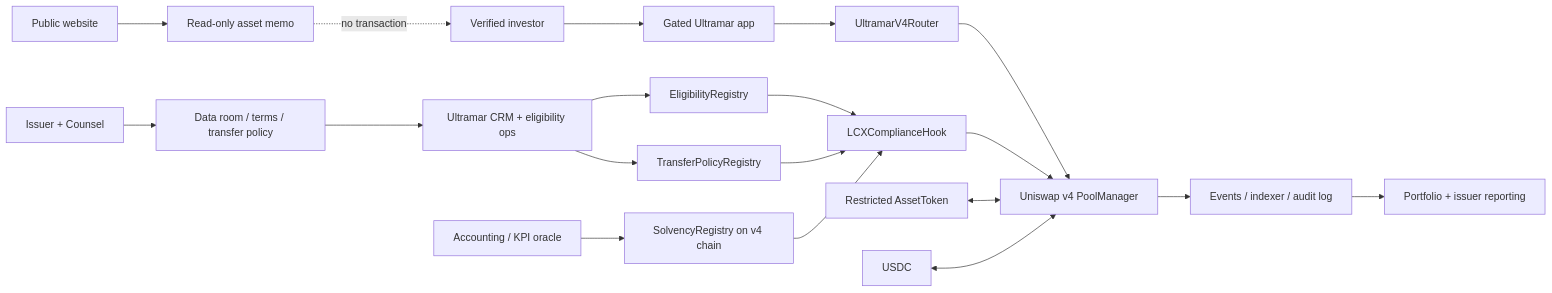
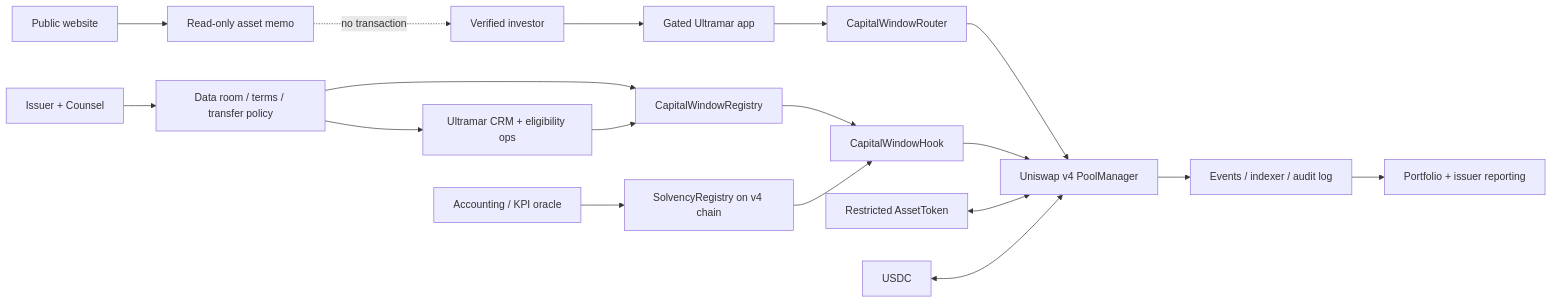
Before and after one commit to Diegolden-com/ultramar-private-markets: the diagram in docs/UNISWAP_V4_PERMISSIONED_LIQUIDITY_ARCHITECTURE.md, drawn with Mermaid. The commit also changed other lines of this file and 17 other files, not shown here.

Commit message:
Add press pages and capital window contracts

````diff
--- a/docs/UNISWAP_V4_PERMISSIONED_LIQUIDITY_ARCHITECTURE.md
+++ b/docs/UNISWAP_V4_PERMISSIONED_LIQUIDITY_ARCHITECTURE.md
@@ -43,26 +56,25 @@
 ```mermaid
 flowchart LR
   Issuer["Issuer + Counsel"] --> DataRoom["Data room / terms / transfer policy"]
+  DataRoom --> Window["CapitalWindowRegistry"]
   DataRoom --> CRM["Ultramar CRM + eligibility ops"]
-  CRM --> Eligibility["EligibilityRegistry"]
-  CRM --> Policy["TransferPolicyRegistry"]
+  CRM --> Window
   Oracle["Accounting / KPI oracle"] --> Solvency["SolvencyRegistry on v4 chain"]
 
-  Eligibility --> Hook["LCXComplianceHook"]
-  Policy --> Hook
+  Window --> Hook["CapitalWindowHook"]
   Solvency --> Hook
 
   Investor["Verified investor"] --> App["Gated Ultramar app"]
-  App --> Router["UltramarV4Router"]
+  App --> Router["CapitalWindowRouter"]
   Router --> PoolManager["Uniswap v4 PoolManager"]
   Hook --> PoolManager
 
   AssetToken["Restricted AssetToken"] <--> PoolManager
   USDC["USDC"] <--> PoolManager
 
   PoolManager --> Events["Events / indexer / audit log"]
   Events --> Portfolio["Portfolio + issuer reporting"]
 
   Public["Public website"] --> ReadOnly["Read-only asset memo"]
   ReadOnly -. no transaction .-> Investor
 ```
````
